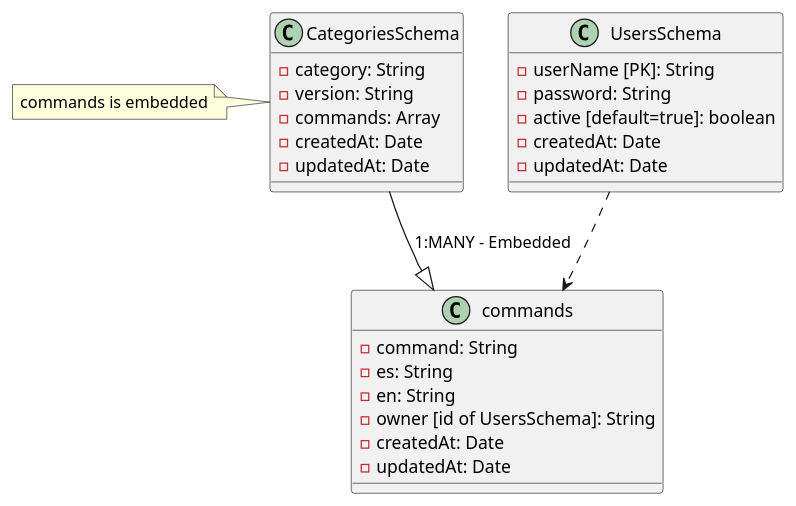
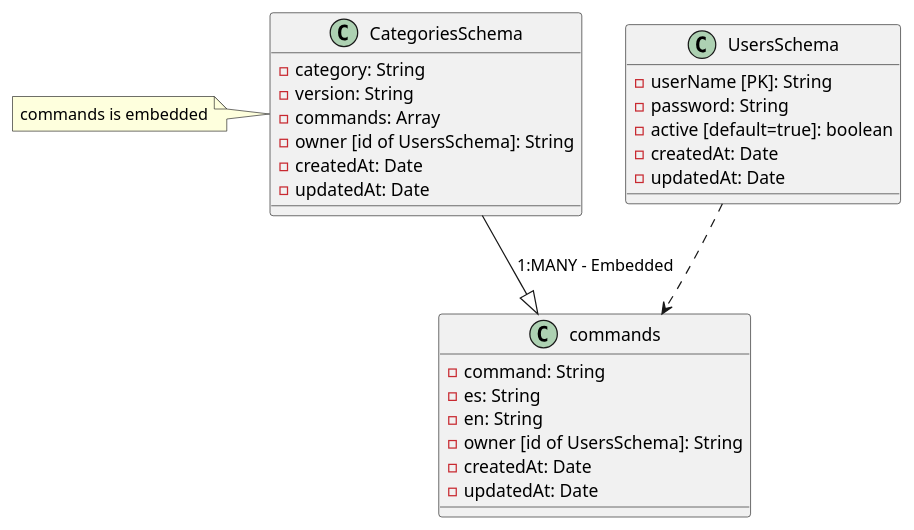
One commit to bryantamayo1/mycommands-webapp-backend changed the diagram in model-bbdd.puml. Above: the diagram before and after it, drawn with PlantUML. The commit also changed 12 other files, not shown here.

```diff
--- a/model-bbdd.puml
+++ b/model-bbdd.puml
@@ -1,34 +1,35 @@
 @startuml
 
 class UsersSchema{
     -userName [PK]: String
     -password: String
     -active [default=true]: boolean
     -createdAt: Date
     -updatedAt: Date
 }
 
 class CategoriesSchema{
     -category: String
     -version: String
     -commands: Array
+    -owner [id of UsersSchema]: String
     -createdAt: Date
     -updatedAt: Date
 }
 
 class CategoriesSchema
     note left: commands is embedded
 
 class commands{
     -command: String
     -es: String
     -en: String
     -owner [id of UsersSchema]: String
         -createdAt: Date
     -updatedAt: Date
 }
 
 CategoriesSchema --|> commands: 1:MANY - Embedded
 UsersSchema -[dashed]-> commands
 
 @enduml
```
